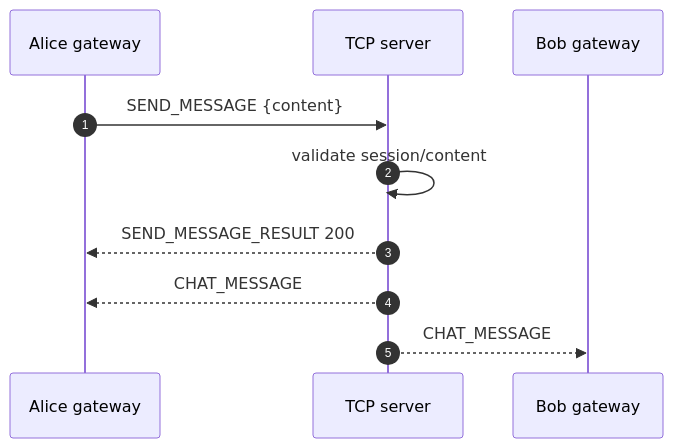
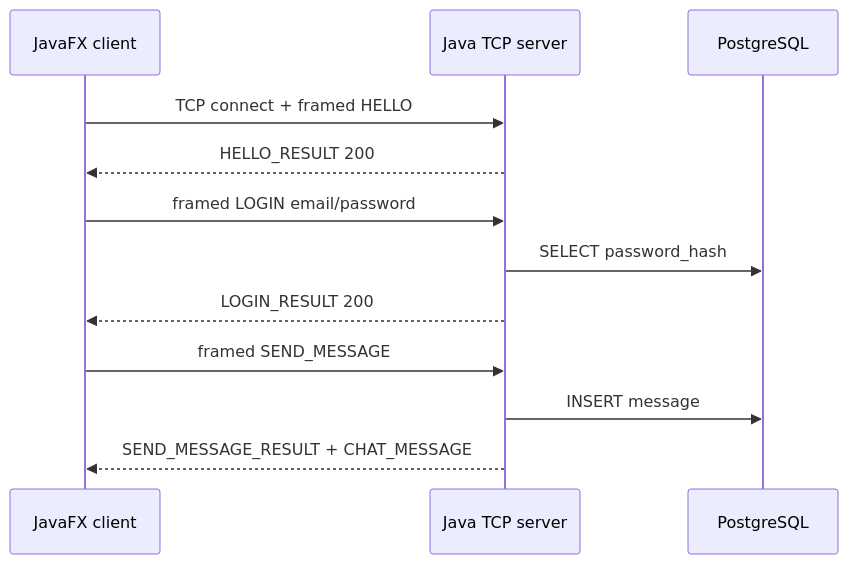
The second of 2 diagrams in docs/protocol-design.md (HuangMingo/BTL-LTM), drawn with Mermaid before and after one commit. The commit also changed other lines of this file and 31 other files, not shown here.

````diff
--- a/docs/protocol-design.md
+++ b/docs/protocol-design.md
@@ -174,12 +114,14 @@
 ```mermaid
 sequenceDiagram
-    autonumber
-    participant A as Alice gateway
-    participant S as TCP server
-    participant B as Bob gateway
-    A->>S: SEND_MESSAGE {content}
-    S->>S: validate session/content
-    S-->>A: SEND_MESSAGE_RESULT 200
-    S-->>A: CHAT_MESSAGE
-    S-->>B: CHAT_MESSAGE
+    participant C as JavaFX client
+    participant S as Java TCP server
+    participant P as PostgreSQL
+    C->>S: TCP connect + framed HELLO
+    S-->>C: HELLO_RESULT 200
+    C->>S: framed LOGIN email/password
+    S->>P: SELECT password_hash
+    S-->>C: LOGIN_RESULT 200
+    C->>S: framed SEND_MESSAGE
+    S->>P: INSERT message
+    S-->>C: SEND_MESSAGE_RESULT + CHAT_MESSAGE
 ```
````
